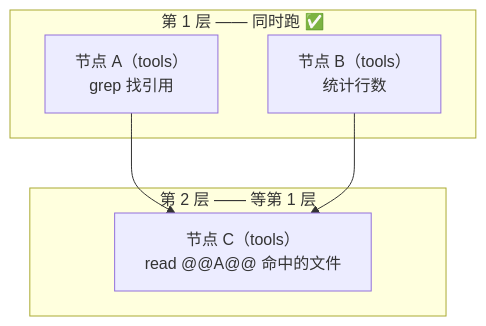
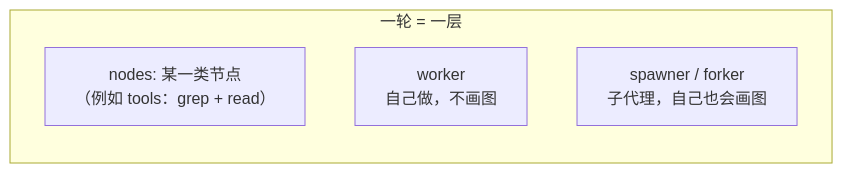
Before and after one commit to zyn19940107/dsh-conductor: the third of 4 diagrams in README.md, drawn with Mermaid. The commit also changed other lines of this file and 57 other files, not shown here.

First line of the commit message:
改成一图一层:节点四选一,worker/forker 继承含本轮的上下文

````diff
--- a/README.md
+++ b/README.md
@@ -59,12 +59,8 @@
 ```mermaid
-flowchart TD
-    subgraph L1["第 1 层 —— 同时跑 ✅"]
-      A["节点 A（tools）<br/>grep 找引用"]
-      B["节点 B（tools）<br/>统计行数"]
+flowchart LR
+    subgraph R["一轮 = 一层"]
+      A["nodes: 某一类节点<br/>（例如 tools：grep + read）"]
+      B["worker<br/>自己做，不画图"]
+      C["spawner / forker<br/>子代理，自己也会画图"]
     end
-    subgraph L2["第 2 层 —— 等第 1 层"]
-      C["节点 C（tools）<br/>read @@A@@ 命中的文件"]
-    end
-    A --> C
-    B --> C
 ```
````
